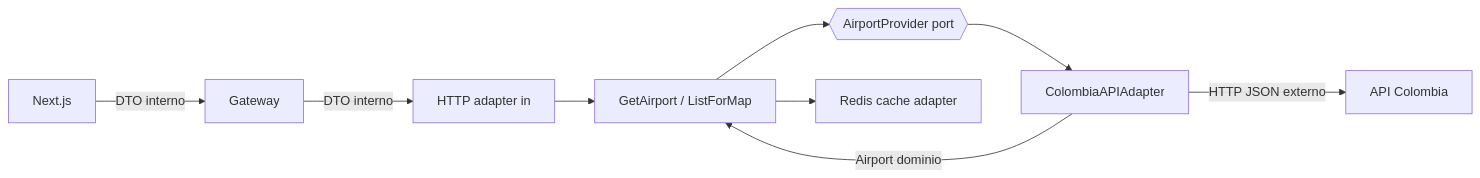
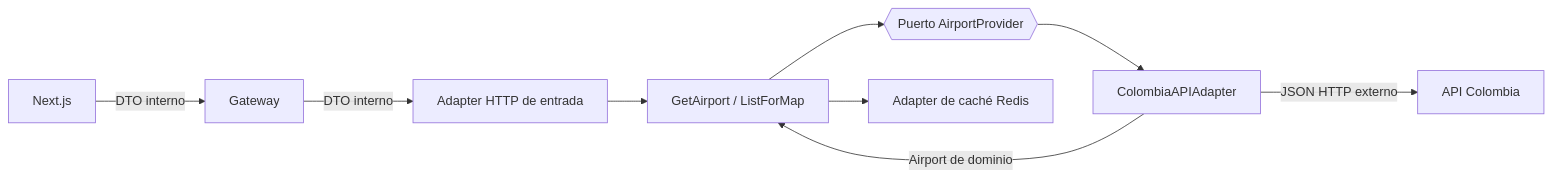
One commit to bue221/proyecto-arquitectura-software-emergente changed the diagram in wiki/Diagrams-adapter.md. Above: the diagram before and after it, drawn with Mermaid. The commit also changed other lines of this file and 38 other files, not shown here.

````diff
--- a/wiki/Diagrams-adapter.md
+++ b/wiki/Diagrams-adapter.md
@@ -6,11 +6,11 @@
 ```mermaid
 flowchart LR
   FE[Next.js] -->|DTO interno| GW[Gateway]
-  GW -->|DTO interno| API[HTTP adapter in]
+  GW -->|DTO interno| API[Adapter HTTP de entrada]
   API --> UC[GetAirport / ListForMap]
-  UC --> PORT{{AirportProvider port}}
+  UC --> PORT{{Puerto AirportProvider}}
   PORT --> ADP[ColombiaAPIAdapter]
-  ADP -->|HTTP JSON externo| EXT[API Colombia]
-  ADP -->|Airport dominio| UC
-  UC --> CACHE[Redis cache adapter]
+  ADP -->|JSON HTTP externo| EXT[API Colombia]
+  ADP -->|Airport de dominio| UC
+  UC --> CACHE[Adapter de caché Redis]
 ```
````
